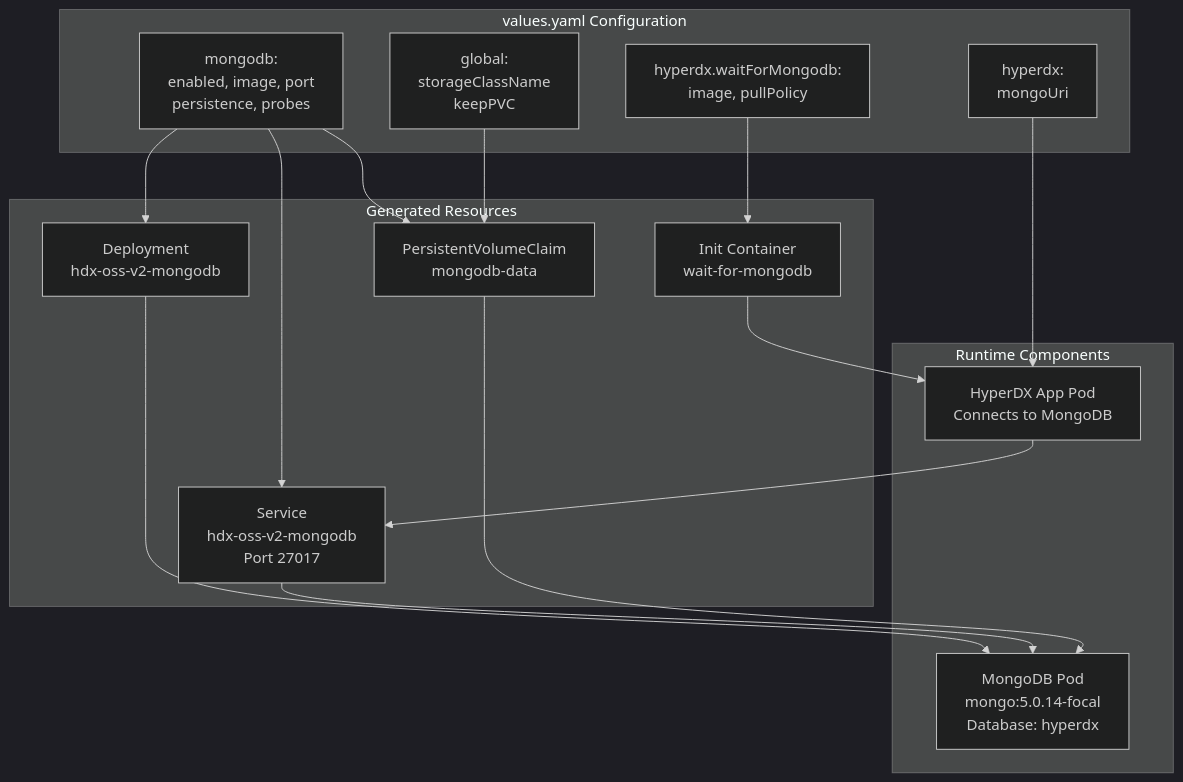
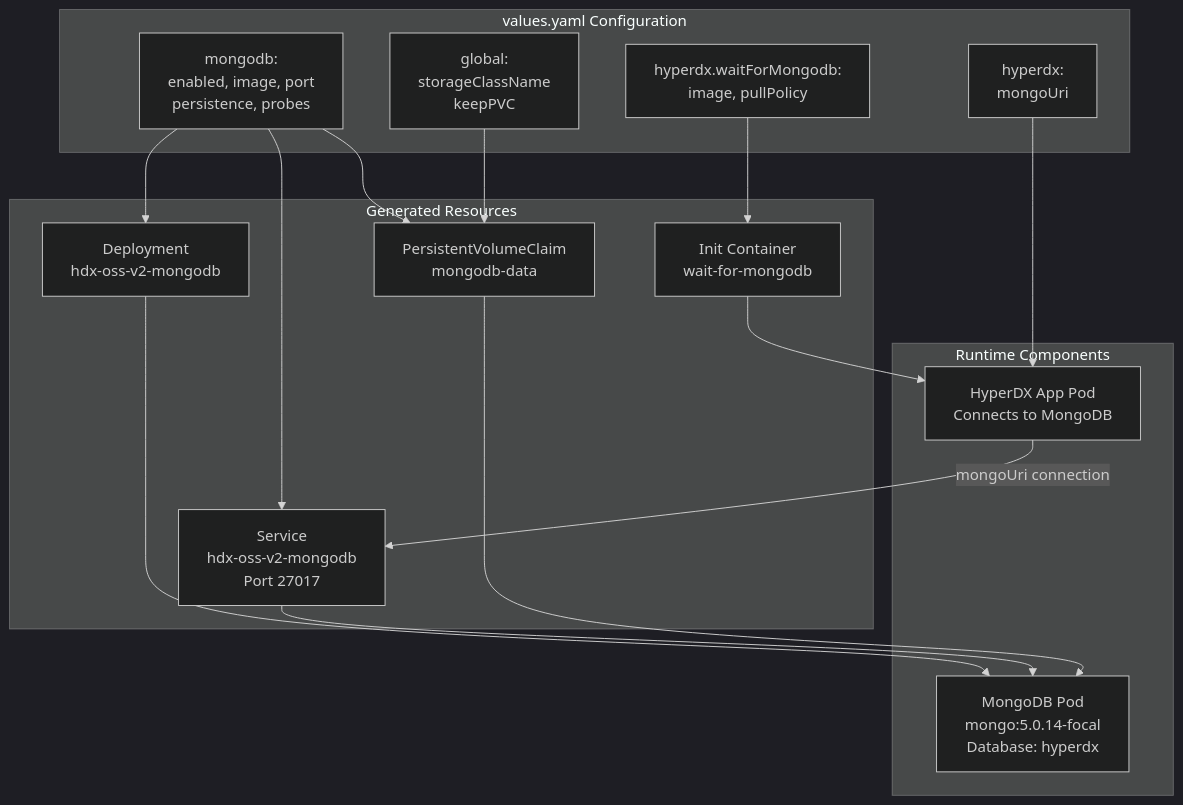
Before and after one commit to openchoreo/openchoreo: the first of 4 diagrams in docs/hyperdxio-helm-charts-docs/MongoDB-Configuration.md, drawn with Mermaid (dark theme). The commit also changed other lines of this file and 85 other files, not shown here.

Commit message:
feat: Add new workflow and specification templates, update Helm chart dependencies, and clarify documentation diagrams.

````diff
--- a/docs/hyperdxio-helm-charts-docs/MongoDB-Configuration.md
+++ b/docs/hyperdxio-helm-charts-docs/MongoDB-Configuration.md
@@ -16,45 +16,45 @@
 ```mermaid
 flowchart TD
 
 MongoConfig["mongodb:<br>enabled, image, port<br>persistence, probes"]
 HyperDXConfig["hyperdx:<br>mongoUri"]
 InitConfig["hyperdx.waitForMongodb:<br>image, pullPolicy"]
 GlobalConfig["global:<br>storageClassName<br>keepPVC"]
 Deployment["Deployment<br>hdx-oss-v2-mongodb"]
 Service["Service<br>hdx-oss-v2-mongodb<br>Port 27017"]
 PVC["PersistentVolumeClaim<br>mongodb-data"]
 InitContainer["Init Container<br>wait-for-mongodb"]
 MongoDBPod["MongoDB Pod<br>mongo:5.0.14-focal<br>Database: hyperdx"]
 AppPod["HyperDX App Pod<br>Connects to MongoDB"]
 
 MongoConfig --> Deployment
 MongoConfig --> Service
 MongoConfig --> PVC
 HyperDXConfig --> AppPod
 InitConfig --> InitContainer
 GlobalConfig --> PVC
 Deployment --> MongoDBPod
 Service --> MongoDBPod
 PVC --> MongoDBPod
 InitContainer --> AppPod
-AppPod --> Service
+AppPod -->|"mongoUri connection"| Service
 
 subgraph subGraph2 ["Runtime Components"]
     MongoDBPod
     AppPod
 end
 
 subgraph subGraph1 ["Generated Resources"]
     Deployment
     Service
     PVC
     InitContainer
 end
 
 subgraph subGraph0 ["values.yaml Configuration"]
     MongoConfig
     HyperDXConfig
     InitConfig
     GlobalConfig
 end
 ```
````
